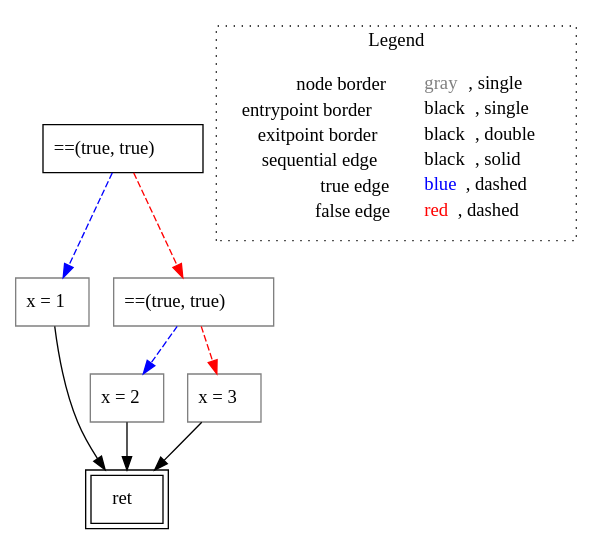
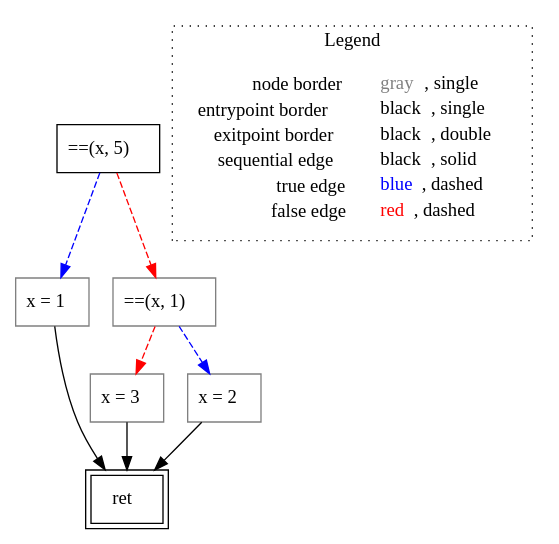
One commit to VincenzoArceri/rust-lisa changed the diagram in rust-lisa/rust-testcases/cfg/if-elseif-else/untyped_rust-testcases_cfg_if-elseif-else_if-elseif-else.rs.main().dot. Above: the diagram before and after it, drawn with Graphviz. The commit also changed 6 other files, not shown here.

```diff
--- a/rust-lisa/rust-testcases/cfg/if-elseif-else/untyped_rust-testcases_cfg_if-elseif-else_if-elseif-else.rs.main().dot
+++ b/rust-lisa/rust-testcases/cfg/if-elseif-else/untyped_rust-testcases_cfg_if-elseif-else_if-elseif-else.rs.main().dot
@@ -1,22 +1,22 @@
 digraph {
-	"node0" [shape="rect",color="black",label=<==(true, true)>];
+	"node0" [shape="rect",color="black",label=<==(x, 5)>];
 	"node1" [shape="rect",color="gray",label=<x = 1>];
-	"node2" [shape="rect",color="gray",label=<==(true, true)>];
-	"node3" [shape="rect",color="gray",label=<x = 2>];
-	"node4" [shape="rect",color="gray",label=<x = 3>];
+	"node2" [shape="rect",color="gray",label=<x = 3>];
+	"node3" [shape="rect",color="gray",label=<==(x, 1)>];
+	"node4" [shape="rect",color="gray",label=<x = 2>];
 	"node5" [shape="rect",color="black",peripheries="2",label=<ret>];
+	"node0" -> "node1" [color="blue",style="dashed"];
+	"node0" -> "node3" [color="red",style="dashed"];
 	"node1" -> "node5" [color="black"];
-	"node2" -> "node3" [color="blue",style="dashed"];
-	"node2" -> "node4" [color="red",style="dashed"];
-	"node3" -> "node5" [color="black"];
-	"node0" -> "node1" [color="blue",style="dashed"];
-	"node0" -> "node2" [color="red",style="dashed"];
+	"node2" -> "node5" [color="black"];
+	"node3" -> "node2" [color="red",style="dashed"];
+	"node3" -> "node4" [color="blue",style="dashed"];
 	"node4" -> "node5" [color="black"];
 subgraph cluster_legend {
 	label="Legend";
 	style=dotted;
 	node [shape=plaintext];
 	"legend" [label=<<table border="0" cellpadding="2" cellspacing="0" cellborder="0"><tr><td align="right">node border&nbsp;</td><td align="left"><font color="gray">gray</font>, single</td></tr><tr><td align="right">entrypoint border&nbsp;</td><td align="left"><font color="black">black</font>, single</td></tr><tr><td align="right">exitpoint border&nbsp;</td><td align="left"><font color="black">black</font>, double</td></tr><tr><td align="right">sequential edge&nbsp;</td><td align="left"><font color="black">black</font>, solid</td></tr><tr><td align="right">true edge&nbsp;</td><td align="left"><font color="blue">blue</font>, dashed</td></tr><tr><td align="right">false edge&nbsp;</td><td align="left"><font color="red">red</font>, dashed</td></tr></table>>];
 }
 
 }
```
